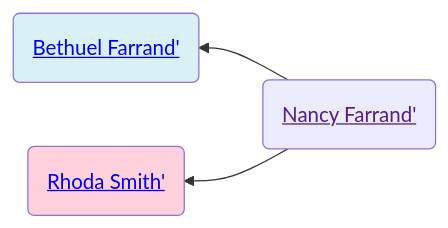
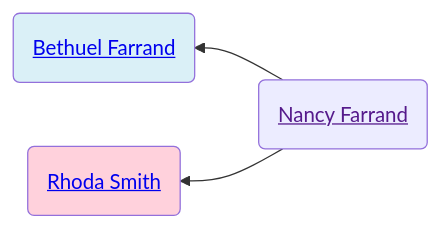
One commit to neelsmith/avocational changed the first of 2 diagrams in familyhistory/sources/people/Merrill-line/Nancy_Farrand.qmd. Above: the diagram before and after it, drawn with Mermaid. The commit also changed other lines of this file and 96 other files, not shown here.

````diff
--- a/familyhistory/sources/people/Merrill-line/Nancy_Farrand.qmd
+++ b/familyhistory/sources/people/Merrill-line/Nancy_Farrand.qmd
@@ -28,12 +28,12 @@
 ```{mermaid}
 graph RL
 %% RL ancestor diagram
-Nancy_Farrand(<a href=''>Nancy Farrand'</>) -->  Bethuel_Farrand(<a href='./White-line/Grandey/Bethuel_Farrand.html'>Bethuel Farrand'</>)
+Nancy_Farrand(<a href=''>Nancy Farrand</a>) -->  Bethuel_Farrand(<a href='./White-line/Grandey/Bethuel_Farrand.html'>Bethuel Farrand</a>)
 class Bethuel_Farrand father
-Nancy_Farrand(<a href=''>Nancy Farrand'</>)  --> Rhoda_Smith(<a href='./Rhoda_Smith.html'>Rhoda Smith'</>)
+Nancy_Farrand(<a href=''>Nancy Farrand</a>)  --> Rhoda_Smith(<a href='./Rhoda_Smith.html'>Rhoda Smith</a>)
 class Rhoda_Smith mother
 classDef mother fill:#ffd1dc
 classDef father fill:#daf0f7  
 classDef marriage fill:#ffffff
 
 ```
````
